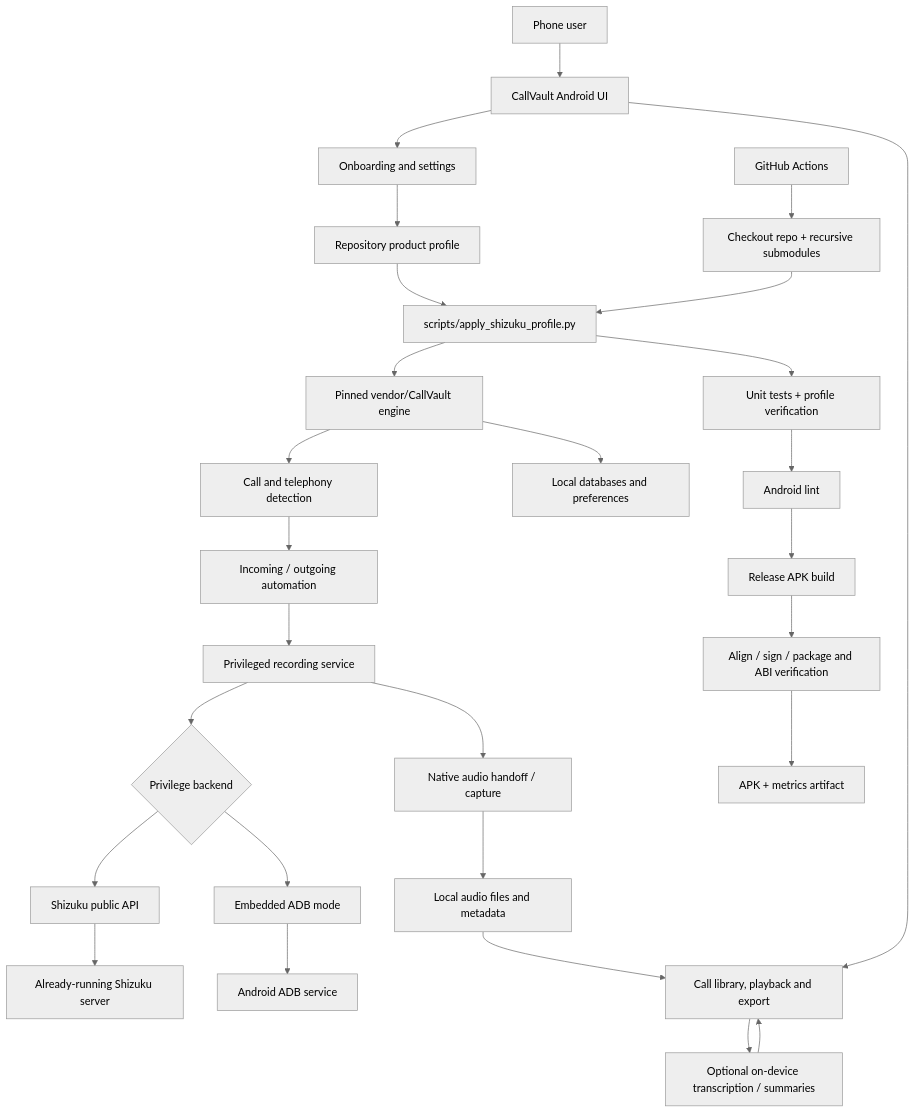
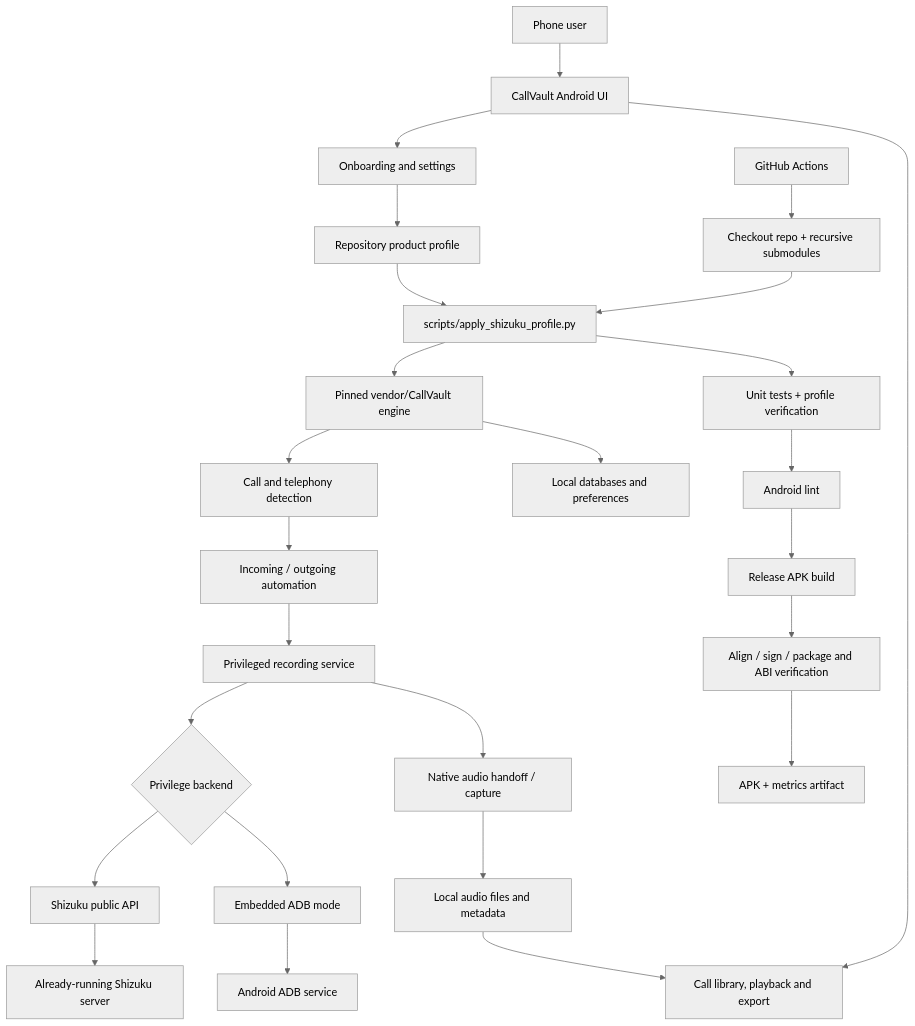
One commit to Wasifazhar00/Call-recorder changed the diagram in docs/AI_PROJECT_GRAPH.md. Above: the diagram before and after it, drawn with Mermaid (neutral theme). The commit also changed other lines of this file and 3 other files, not shown here.

````diff
--- a/docs/AI_PROJECT_GRAPH.md
+++ b/docs/AI_PROJECT_GRAPH.md
@@ -19,30 +19,29 @@
 ```mermaid
 flowchart TD
     User[Phone user] --> UI[CallVault Android UI]
     UI --> Settings[Onboarding and settings]
     UI --> Library[Call library, playback and export]
     Settings --> Profile[Repository product profile]
     Profile --> Patch[scripts/apply_shizuku_profile.py]
     Patch --> Engine[ Pinned vendor/CallVault engine ]
     Engine --> Detect[Call and telephony detection]
     Detect --> Auto[Incoming / outgoing automation]
     Auto --> Capture[Privileged recording service]
     Capture --> Backend{Privilege backend}
     Backend --> Shizuku[Shizuku public API]
     Backend --> BuiltIn[Embedded ADB mode]
     Shizuku --> Server[Already-running Shizuku server]
     BuiltIn --> ADB[Android ADB service]
     Capture --> Audio[Native audio handoff / capture]
     Audio --> Files[Local audio files and metadata]
     Files --> Library
-    Library --> AI[Optional on-device transcription / summaries]
-    AI --> Library
+    Library
     Engine --> DB[Local databases and preferences]
     CI[GitHub Actions] --> Checkout[Checkout repo + recursive submodules]
     Checkout --> Patch
     Patch --> Tests[Unit tests + profile verification]
     Tests --> Lint[Android lint]
     Lint --> Build[Release APK build]
     Build --> Verify[Align / sign / package and ABI verification]
     Verify --> Artifact[APK + metrics artifact]
 ```
````
